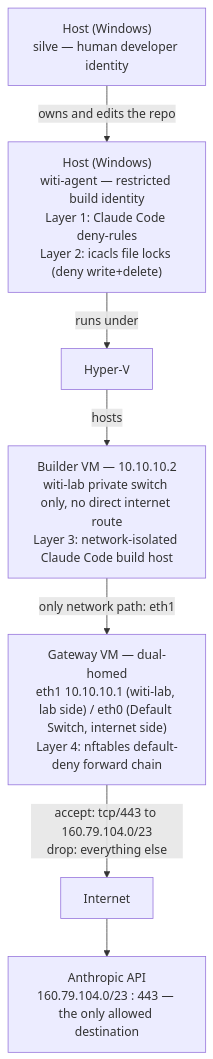
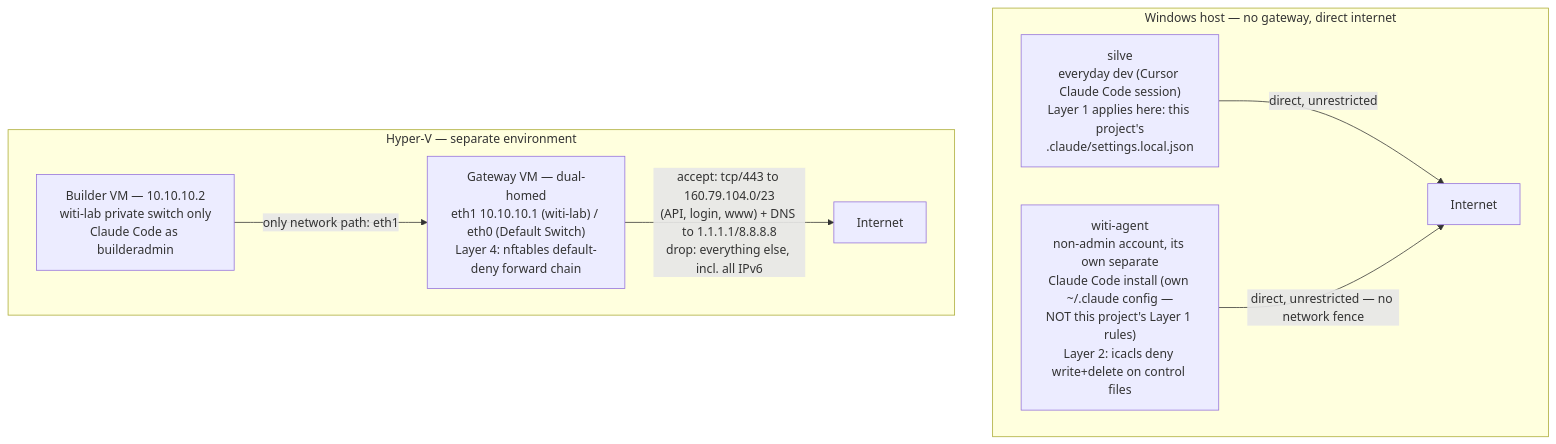
The diagram in docs/build-environment.md (benjaminsilvert/WITI-Agent), drawn with Mermaid before and after one commit. The commit also changed other lines of this file and 2 other files, not shown here.

````diff
--- a/docs/build-environment.md
+++ b/docs/build-environment.md
@@ -14,17 +18,18 @@
 ```mermaid
 graph TD
-    A["Host (Windows)<br/>silve — human developer identity"]
-    B["Host (Windows)<br/>witi-agent — restricted build identity<br/>Layer 1: Claude Code deny-rules<br/>Layer 2: icacls file locks (deny write+delete)"]
-    C["Hyper-V"]
-    D["Builder VM — 10.10.10.2<br/>witi-lab private switch only, no direct internet route<br/>Layer 3: network-isolated Claude Code build host"]
-    E["Gateway VM — dual-homed<br/>eth1 10.10.10.1 (witi-lab, lab side) / eth0 (Default Switch, internet side)<br/>Layer 4: nftables default-deny forward chain"]
-    F["Internet"]
-    G["Anthropic API<br/>160.79.104.0/23 : 443 — the only allowed destination"]
+    subgraph HOST["Windows host — no gateway, direct internet"]
+        SILVE["silve<br/>everyday dev (Cursor Claude Code session)<br/>Layer 1 applies here: this project's<br/>.claude/settings.local.json"]
+        WITIAGENT["witi-agent<br/>non-admin account, its own separate<br/>Claude Code install (own ~/.claude config —<br/>NOT this project's Layer 1 rules)<br/>Layer 2: icacls deny write+delete on control files"]
+        INET1["Internet"]
+        SILVE -->|direct, unrestricted| INET1
+        WITIAGENT -->|direct, unrestricted — no network fence| INET1
+    end
 
-    A -->|owns and edits the repo| B
-    B -->|runs under| C
-    C -->|hosts| D
-    D -->|only network path: eth1| E
-    E -->|"accept: tcp/443 to 160.79.104.0/23<br/>drop: everything else"| F
-    F --> G
+    subgraph HYPERV["Hyper-V — separate environment"]
+        BUILDER["Builder VM — 10.10.10.2<br/>witi-lab private switch only<br/>Claude Code as builderadmin"]
+        GATEWAY["Gateway VM — dual-homed<br/>eth1 10.10.10.1 (witi-lab) / eth0 (Default Switch)<br/>Layer 4: nftables default-deny forward chain"]
+        INET2["Internet"]
+        BUILDER -->|only network path: eth1| GATEWAY
+        GATEWAY -->|"accept: tcp/443 to 160.79.104.0/23<br/>(API, login, www) + DNS to 1.1.1.1/8.8.8.8<br/>drop: everything else, incl. all IPv6"| INET2
+    end
 ```
````
